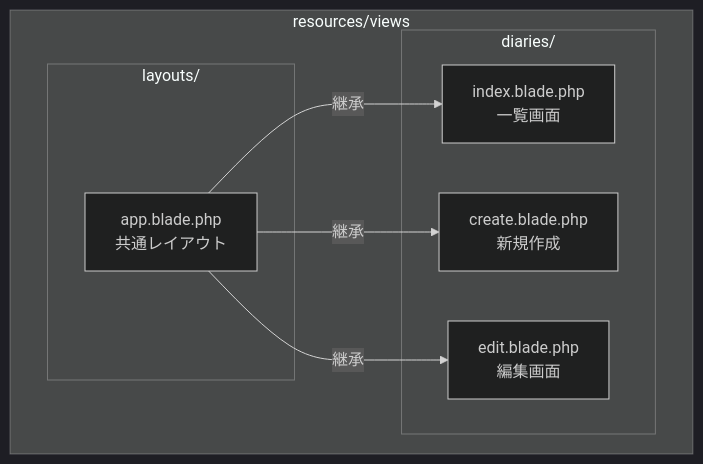
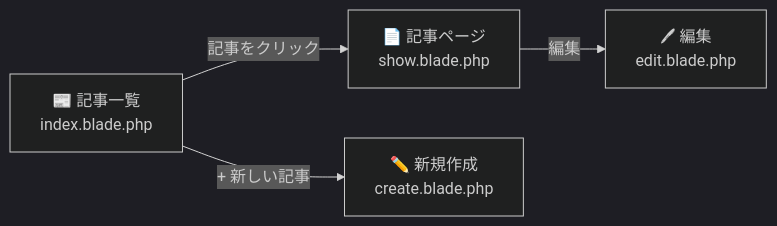
One commit to kou-tech/seb-hands-on changed the first of 5 diagrams in guides/05.md. Above: the diagram before and after it, drawn with Mermaid (dark theme). The commit also changed other lines of this file and 1 other file, not shown here.

````diff
--- a/guides/05.md
+++ b/guides/05.md
@@ -15,17 +14,6 @@
 ```mermaid
-flowchart TB
-    subgraph views[resources/views]
-        subgraph layouts[layouts/]
-            app[app.blade.php<br/>共通レイアウト]
-        end
-        subgraph diaries[diaries/]
-            index[index.blade.php<br/>一覧画面]
-            create[create.blade.php<br/>新規作成]
-            edit[edit.blade.php<br/>編集画面]
-        end
-    end
-
-    app -->|継承| index
-    app -->|継承| create
-    app -->|継承| edit
+flowchart LR
+    Index["📰 記事一覧<br/>index.blade.php"] -->|記事をクリック| Show["📄 記事ページ<br/>show.blade.php"]
+    Index -->|"+ 新しい記事"| Create["✏️ 新規作成<br/>create.blade.php"]
+    Show -->|編集| Edit["🖊 編集<br/>edit.blade.php"]
 ```
````
